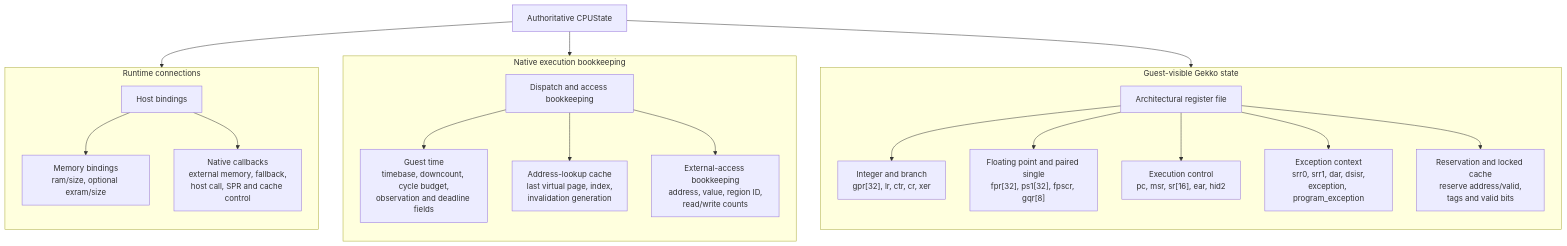
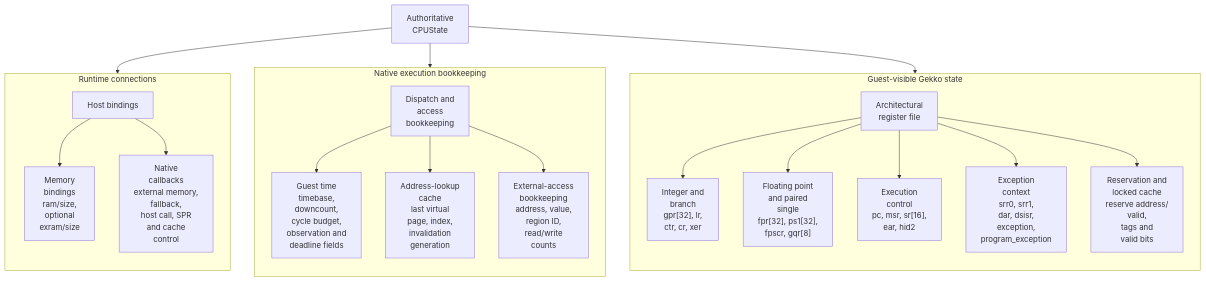
The third of 5 diagrams in docs/architecture/runtime/GuestState.md (Aelbannan/boat_of_daphnes), drawn with Mermaid before and after one commit. The commit also changed other lines of this file, not shown here.

Commit message:
docs: wrap all guest-state diagram labels

````diff
--- a/docs/architecture/runtime/GuestState.md
+++ b/docs/architecture/runtime/GuestState.md
@@ -155,15 +232,37 @@
 ```mermaid
 flowchart TD
-    State["Authoritative CPUState"]
+    State["`Authoritative
+CPUState`"]
 
     subgraph Architectural["Guest-visible Gekko state"]
         direction TB
-        Arch["Architectural register file"]
-        Integer["`Integer and branch<br/>gpr[32], lr, ctr, cr, xer`"]
-        Floating["`Floating point and paired single<br/>fpr[32], ps1[32], fpscr, gqr[8]`"]
-        Control["`Execution control<br/>pc, msr, sr[16], ear, hid2`"]
-        Exception["`Exception context<br/>srr0, srr1, dar, dsisr,<br/>exception, program_exception`"]
-        Atomic["`Reservation and locked cache<br/>reserve address/valid,<br/>tags and valid bits`"]
+        Arch["`Architectural
+register file`"]
+        Integer["`Integer and
+branch
+gpr[32], lr,
+ctr, cr, xer`"]
+        Floating["`Floating point
+and paired
+single
+fpr[32], ps1[32],
+fpscr, gqr[8]`"]
+        Control["`Execution
+control
+pc, msr, sr[16],
+ear, hid2`"]
+        Exception["`Exception
+context
+srr0, srr1,
+dar, dsisr,
+exception,
+program_exception`"]
+        Atomic["`Reservation and
+locked cache
+reserve address/
+valid,
+tags and
+valid bits`"]
         Arch --> Integer
         Arch --> Floating
         Arch --> Control
@@ -173,10 +272,27 @@
 
     subgraph Execution["Native execution bookkeeping"]
         direction TB
-        Exec["Dispatch and access bookkeeping"]
-        Timing["`Guest time<br/>timebase, downcount, cycle budget,<br/>observation and deadline fields`"]
-        Lookup["`Address-lookup cache<br/>last virtual page, index,<br/>invalidation generation`"]
-        External["`External-access bookkeeping<br/>address, value, region ID,<br/>read/write counts`"]
+        Exec["`Dispatch and
+access
+bookkeeping`"]
+        Timing["`Guest time
+timebase,
+downcount,
+cycle budget,
+observation and
+deadline fields`"]
+        Lookup["`Address-lookup
+cache
+last virtual
+page, index,
+invalidation
+generation`"]
+        External["`External-access
+bookkeeping
+address, value,
+region ID,
+read/write
+counts`"]
         Exec --> Timing
         Exec --> Lookup
         Exec --> External
@@ -185,8 +301,18 @@
     subgraph Bridge["Runtime connections"]
         direction TB
         Runtime["Host bindings"]
-        Memory["`Memory bindings<br/>ram/size, optional exram/size`"]
-        Callbacks["`Native callbacks<br/>external memory, fallback,<br/>host call, SPR and cache control`"]
+        Memory["`Memory
+bindings
+ram/size,
+optional
+exram/size`"]
+        Callbacks["`Native
+callbacks
+external memory,
+fallback,
+host call, SPR
+and cache
+control`"]
         Runtime --> Memory
         Runtime --> Callbacks
     end
````
